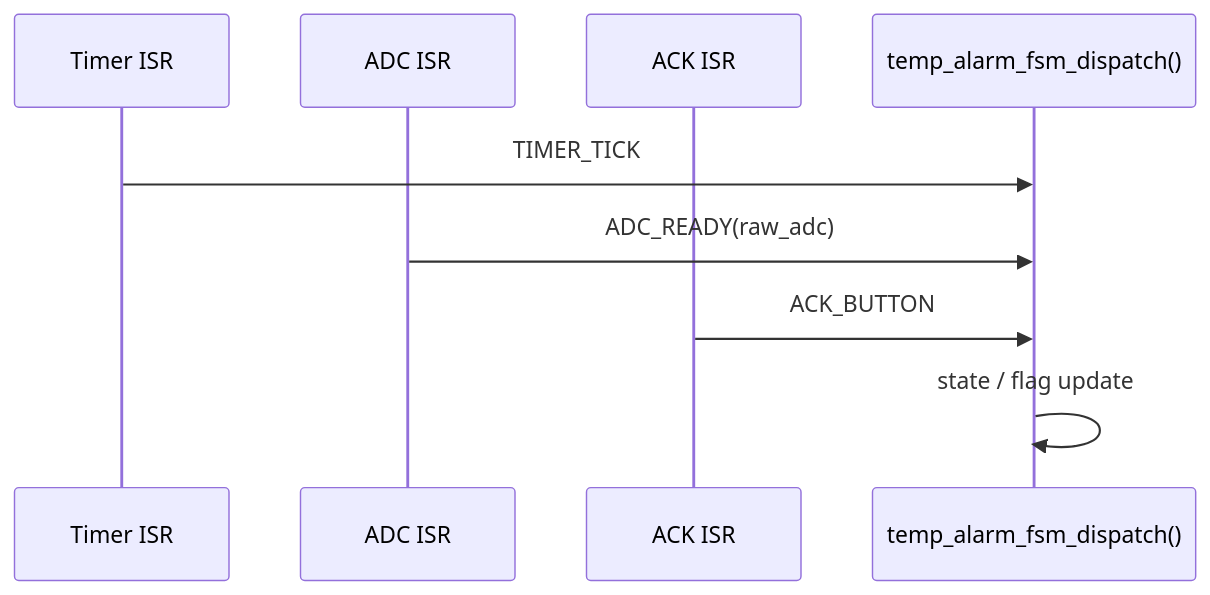
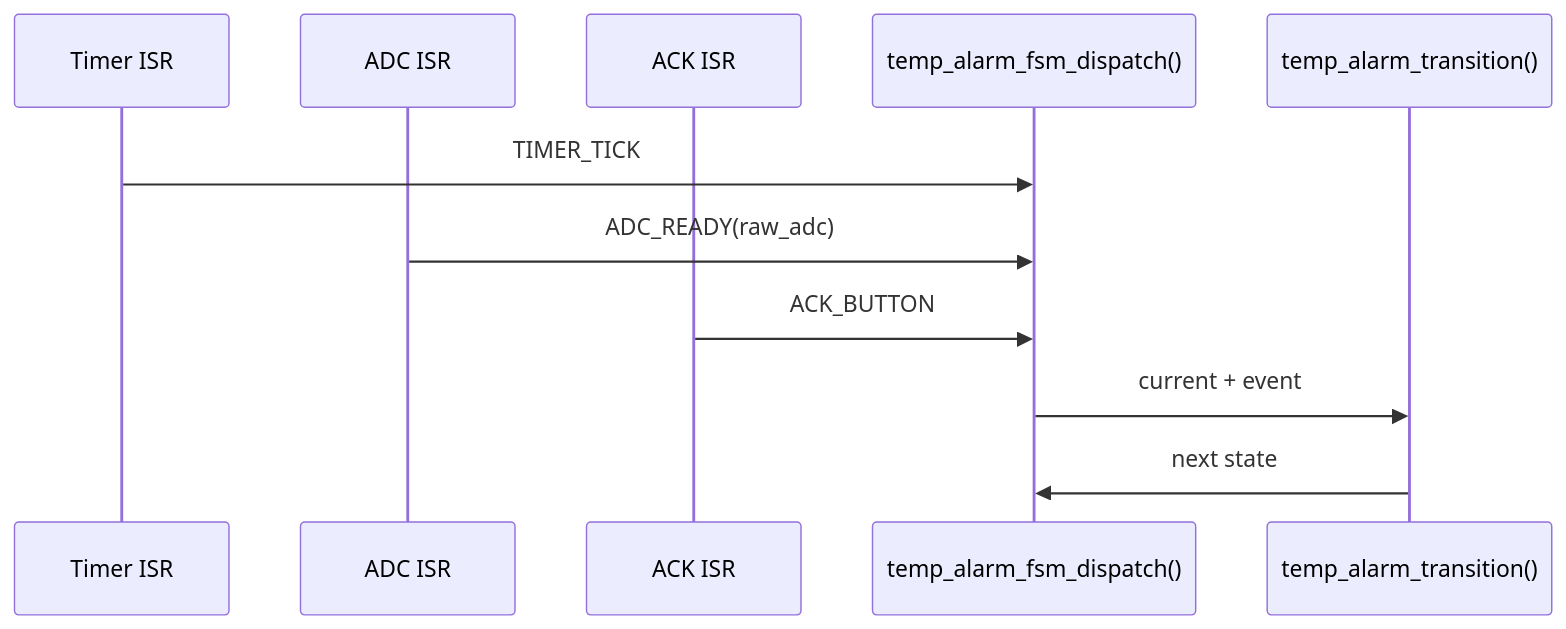
Before and after one commit to MeuNari0621/TeachingEmbC: the diagram in docs/md/11_isr_example.md, drawn with Mermaid. The commit also changed other lines of this file and 12 other files, not shown here.

````diff
--- a/docs/md/11_isr_example.md
+++ b/docs/md/11_isr_example.md
@@ -21,11 +45,13 @@
 ```mermaid
 sequenceDiagram
     participant TimerISR as Timer ISR
     participant AdcISR as ADC ISR
     participant AckISR as ACK ISR
     participant FSM as temp_alarm_fsm_dispatch()
+    participant Pure as temp_alarm_transition()
     TimerISR->>FSM: TIMER_TICK
     AdcISR->>FSM: ADC_READY(raw_adc)
     AckISR->>FSM: ACK_BUTTON
-    FSM->>FSM: state / flag update
+    FSM->>Pure: current + event
+    Pure->>FSM: next state
 ```
````
